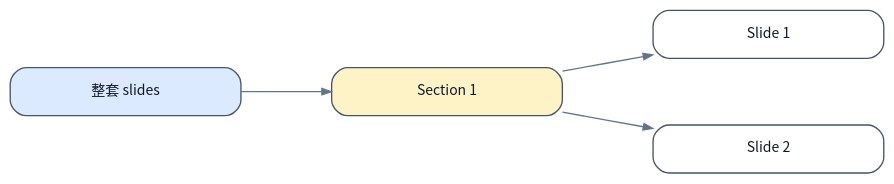
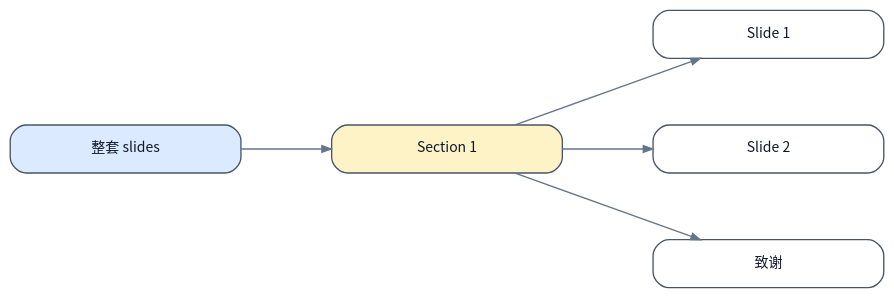
Before and after one commit to terencefan/inority-workspace: the diagram in skills/inority-slides/references/slides-template.md, drawn with Graphviz. The commit also changed other lines of this file and 18 other files, not shown here.

````diff
--- a/skills/inority-slides/references/slides-template.md
+++ b/skills/inority-slides/references/slides-template.md
@@ -63,16 +107,18 @@
 ```dot
 digraph slides_outline {
   graph [rankdir=LR, bgcolor="transparent", pad="0.45", nodesep="0.7", ranksep="0.95", fontname="Noto Sans CJK SC"];
   node [shape=box, style="rounded,filled", margin="0.18,0.12", width="2.4", fontname="Noto Sans CJK SC", fontsize=10.5, color="#475569", fontcolor="#0f172a"];
   edge [color="#64748b", arrowsize="0.7"];
 
   root [label="整套 slides", fillcolor="#dbeafe"];
   section_1 [label="Section 1", fillcolor="#fef3c7"];
   slide_1 [label="Slide 1", fillcolor="#ffffff"];
   slide_2 [label="Slide 2", fillcolor="#ffffff"];
+  slide_3 [label="致谢", fillcolor="#ffffff"];
 
   root -> section_1;
   section_1 -> slide_1;
   section_1 -> slide_2;
+  section_1 -> slide_3;
 }
 ```
````
